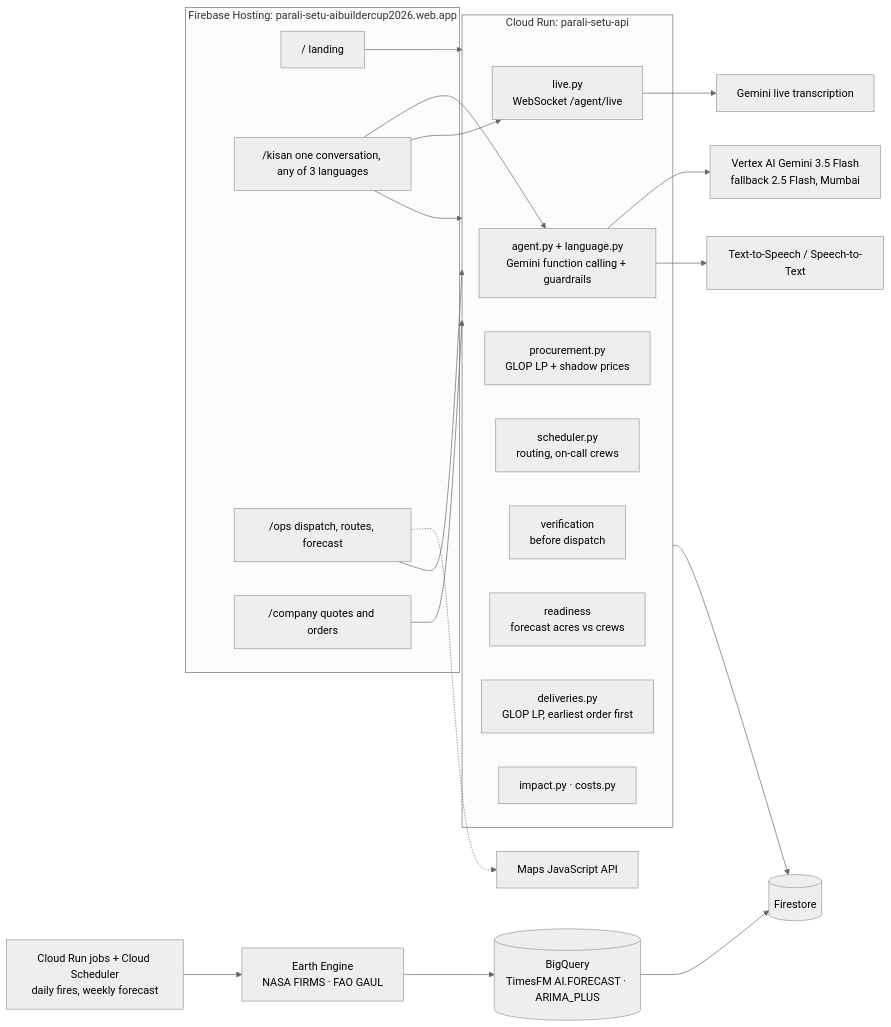
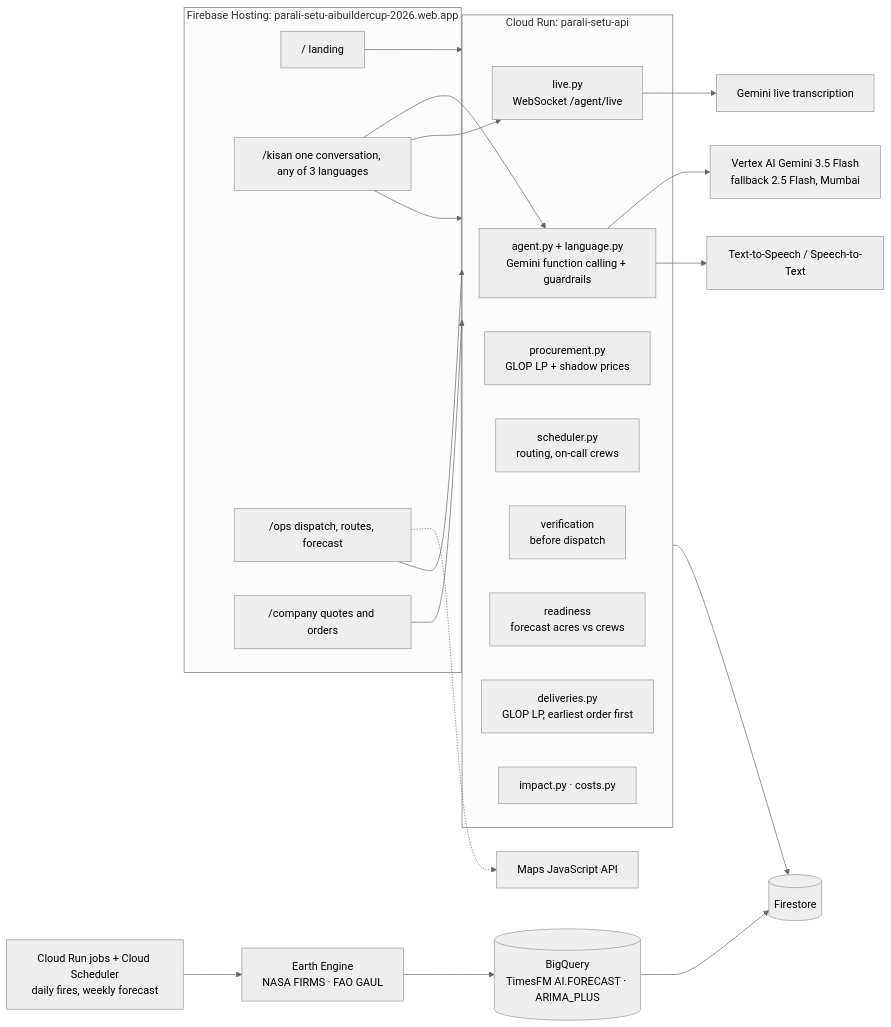
One commit to PeepSheep99/parali-setu changed the first of 4 diagrams in docs/ARCHITECTURE.md. Above: the diagram before and after it, drawn with Mermaid (neutral theme). The commit also changed 15 other files, not shown here.

First line of the commit message:
Correct the project id (parali-setu-aibuildercup-2026); build config.js from the environment

````diff
--- a/docs/ARCHITECTURE.md
+++ b/docs/ARCHITECTURE.md
@@ -23,35 +23,35 @@
 ```mermaid
 flowchart LR
-  subgraph Apps[Firebase Hosting: parali-setu-aibuildercup2026.web.app]
+  subgraph Apps[Firebase Hosting: parali-setu-aibuildercup-2026.web.app]
     L["/ landing"]
     K["/kisan one conversation, any of 3 languages"]
     O["/ops dispatch, routes, forecast"]
     C["/company quotes and orders"]
   end
   subgraph Run[Cloud Run: parali-setu-api]
     A[agent.py + language.py<br/>Gemini function calling + guardrails]
     LV[live.py<br/>WebSocket /agent/live]
     P[procurement.py<br/>GLOP LP + shadow prices]
     S[scheduler.py<br/>routing, on-call crews]
     VF[verification<br/>before dispatch]
     R[readiness<br/>forecast acres vs crews]
     D[deliveries.py<br/>GLOP LP, earliest order first]
     I[impact.py · costs.py]
   end
   G[Vertex AI Gemini 3.5 Flash<br/>fallback 2.5 Flash, Mumbai]
   GL[Gemini live transcription]
   V[Text-to-Speech / Speech-to-Text]
   F[(Firestore)]
   BQ[(BigQuery<br/>TimesFM AI.FORECAST · ARIMA_PLUS)]
   EE[Earth Engine<br/>NASA FIRMS · FAO GAUL]
   J[Cloud Run jobs + Cloud Scheduler<br/>daily fires, weekly forecast]
   M[Maps JavaScript API]
   K --> A
   K --> LV --> GL
   K & O & C & L --> Run
   A --> G & V
   Run --> F
   EE --> BQ --> F
   J --> EE
   O -.-> M
 ```
````
